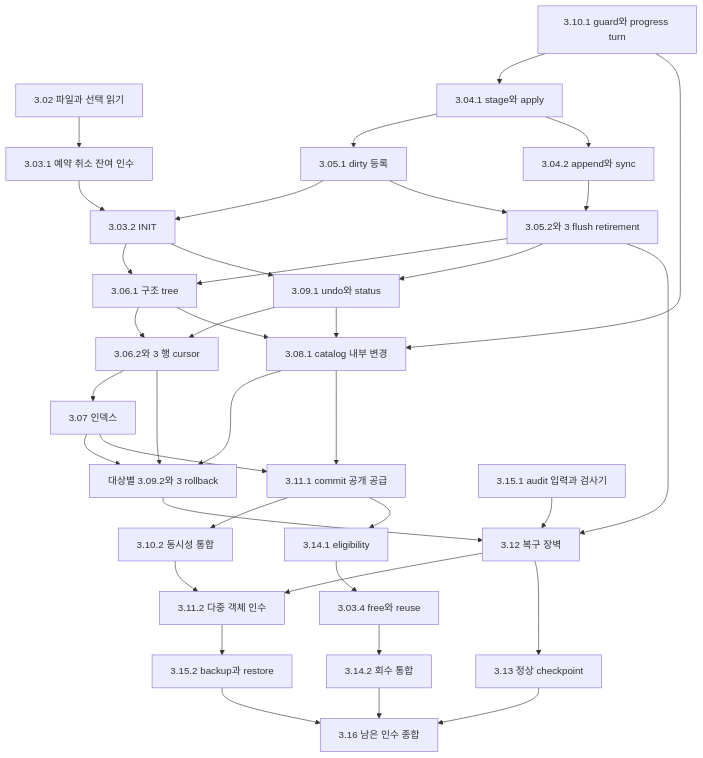
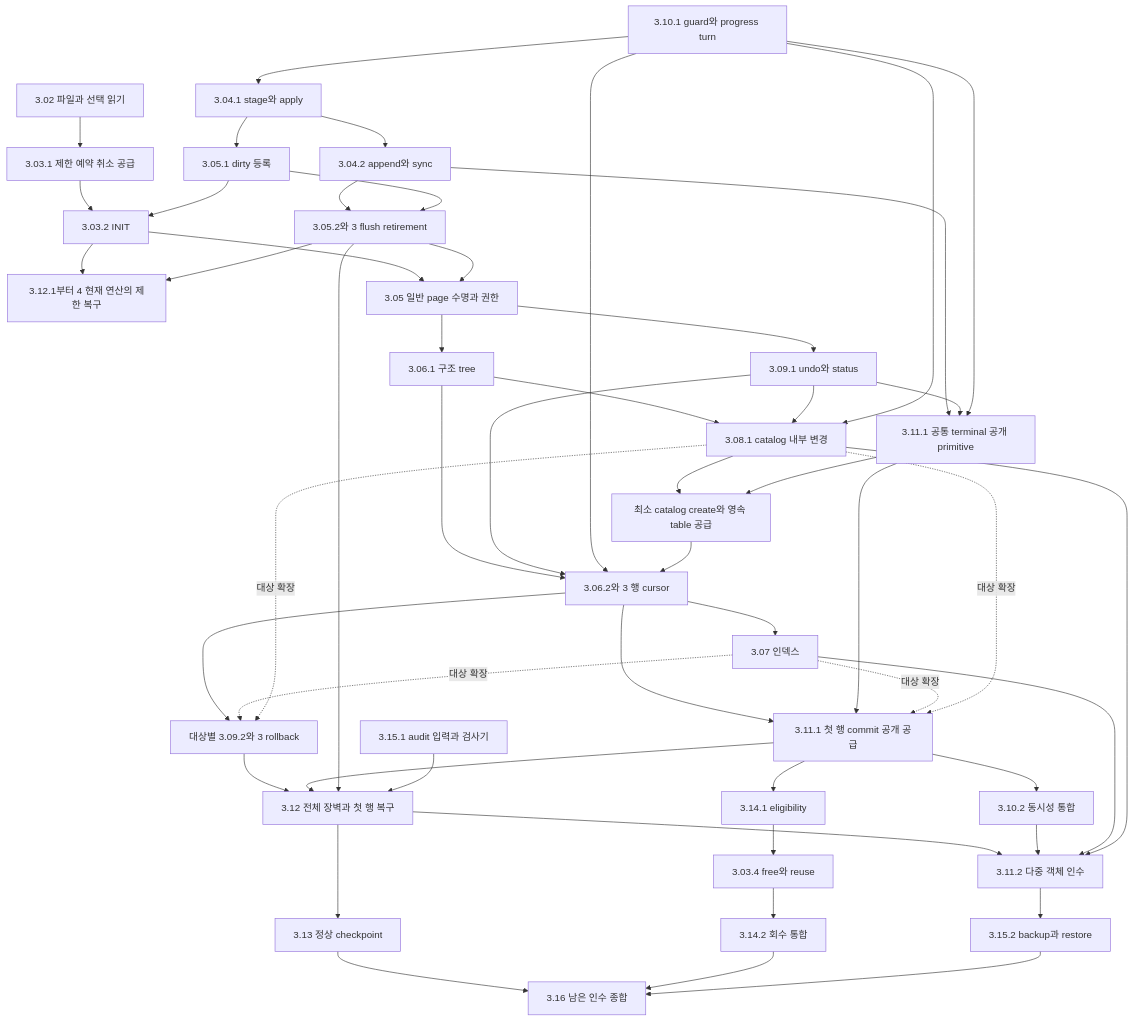
One commit to et16kr/xadb changed the diagram in devdoc/contracts/dev3-task-designs.md. Above: the diagram before and after it, drawn with Mermaid. The commit also changed other lines of this file and 15 other files, not shown here.

````diff
--- a/devdoc/contracts/dev3-task-designs.md
+++ b/devdoc/contracts/dev3-task-designs.md
@@ -42,40 +42,54 @@
 ```mermaid
 flowchart TD
-  F[3.02 파일과 선택 읽기] --> A[3.03.1 예약 취소 잔여 인수]
+  F[3.02 파일과 선택 읽기] --> A[3.03.1 제한 예약 취소 공급]
   G[3.10.1 guard와 progress turn] --> W[3.04.1 stage와 apply]
   W --> B[3.05.1 dirty 등록]
   A --> I[3.03.2 INIT]
   B --> I
   W --> L[3.04.2 append와 sync]
   L --> D[3.05.2와 3 flush retirement]
   B --> D
-  I --> T[3.06.1 구조 tree]
-  I --> U[3.09.1 undo와 status]
-  D --> T
-  D --> U
+  I --> E0[3.12.1부터 4 현재 연산의 제한 복구]
+  D --> E0
+  I --> B2[3.05 일반 page 수명과 권한]
+  D --> B2
+  B2 --> T[3.06.1 구조 tree]
+  B2 --> U[3.09.1 undo와 status]
   T --> R[3.06.2와 3 행 cursor]
   U --> R
+  G --> R
   R --> X[3.07 인덱스]
   T --> CAT[3.08.1 catalog 내부 변경]
   U --> CAT
   G --> CAT
+  L --> C0[3.11.1 공통 terminal 공개 primitive]
+  U --> C0
+  G --> C0
+  CAT --> TC[최소 catalog create와 영속 table 공급]
+  C0 --> TC
+  TC --> R
   R --> V[대상별 3.09.2와 3 rollback]
-  X --> V
-  CAT --> V
-  X --> C[3.11.1 commit 공개 공급]
-  CAT --> C
+  X -. 대상 확장 .-> V
+  CAT -. 대상 확장 .-> V
+  R --> C[3.11.1 첫 행 commit 공개 공급]
+  C0 --> C
+  X -. 대상 확장 .-> C
+  CAT -. 대상 확장 .-> C
   C --> N[3.10.2 동시성 통합]
-  V --> E[3.12 복구 장벽]
+  V --> E[3.12 전체 장벽과 첫 행 복구]
+  C --> E
   D --> E
   E --> Q[3.11.2 다중 객체 인수]
   N --> Q
+  X --> Q
+  CAT --> Q
   E --> K[3.13 정상 checkpoint]
   C --> H[3.14.1 eligibility]
   H --> J[3.03.4 free와 reuse]
   J --> Z[3.14.2 회수 통합]
   Q --> O[3.15.2 backup과 restore]
   AU[3.15.1 audit 입력과 검사기] --> E
   K --> S[3.16 남은 인수 종합]
   Z --> S
   O --> S
 ```
````
